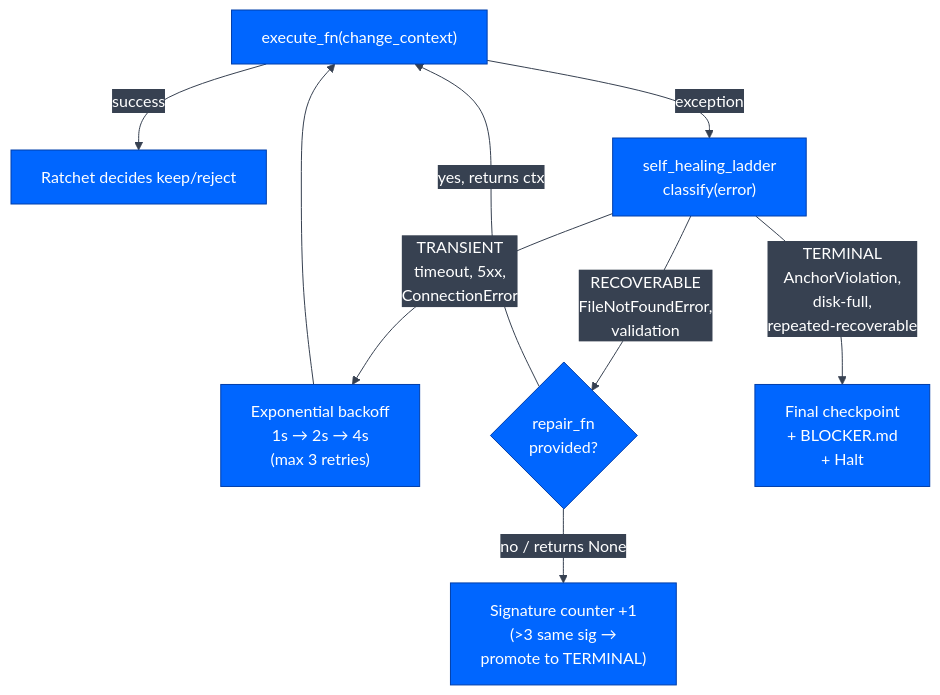
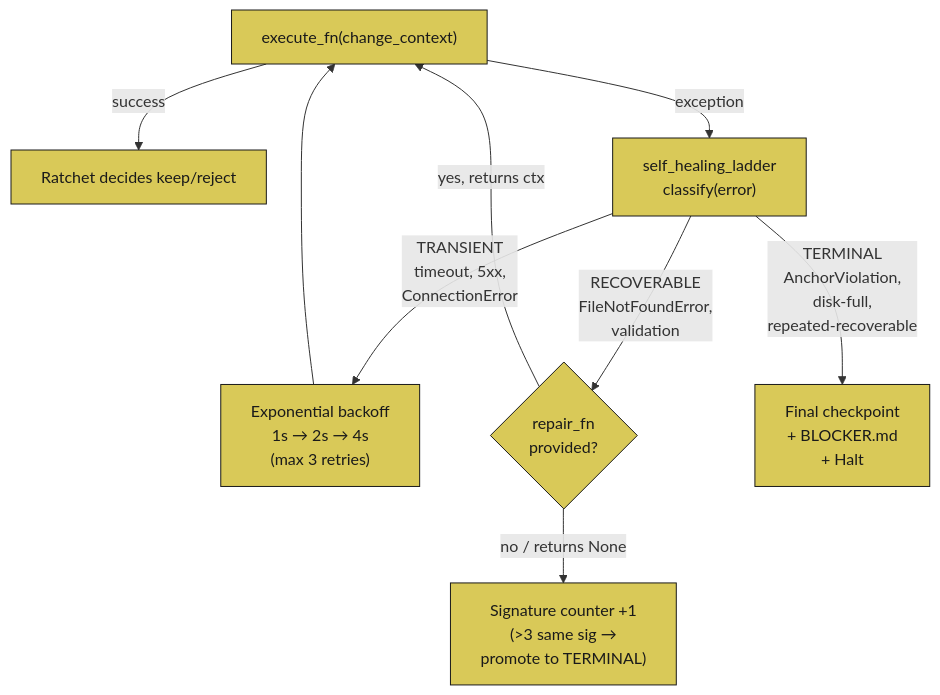
Before and after one commit to JosephOIbrahim/Comfy-Cozy: diagram 13 of 27 in README.md, drawn with Mermaid. The commit also changed other lines of this file and 38 other files, not shown here.

````diff
--- a/README.md
+++ b/README.md
@@ -557,12 +674,15 @@
 ```mermaid
-%%{init: {'theme':'base','themeVariables': {'primaryColor':'#0066FF','primaryTextColor':'#ffffff','primaryBorderColor':'#003eaa','lineColor':'#374151','secondaryColor':'#374151','tertiaryColor':'#1f2937','fontFamily':'monospace'}}}%%
 flowchart TD
     Try["execute_fn(change_context)"] -->|success| Ratchet[Ratchet decides keep/reject]
     Try -->|exception| Class["self_healing_ladder<br/>classify(error)"]
     Class -->|"TRANSIENT<br/>timeout, 5xx,<br/>ConnectionError"| Backoff["Exponential backoff<br/>1s → 2s → 4s<br/>(max 3 retries)"]
     Backoff --> Try
     Class -->|"RECOVERABLE<br/>FileNotFoundError,<br/>validation"| Repair{repair_fn<br/>provided?}
     Repair -->|yes, returns ctx| Try
     Repair -->|no / returns None| Counter["Signature counter +1<br/>(>3 same sig →<br/>promote to TERMINAL)"]
     Class -->|"TERMINAL<br/>AnchorViolation,<br/>disk-full,<br/>repeated-recoverable"| Halt["Final checkpoint<br/>+ BLOCKER.md<br/>+ Halt"]
+
+    classDef orange fill:#d99458,color:#1a1a1a,stroke:#1a1a1a
+    classDef yellow fill:#d9c958,color:#1a1a1a,stroke:#1a1a1a
+    class Try,execute_fn,Ratchet,Class,classify,Backoff,Repair,Counter,Halt yellow
 ```
````
